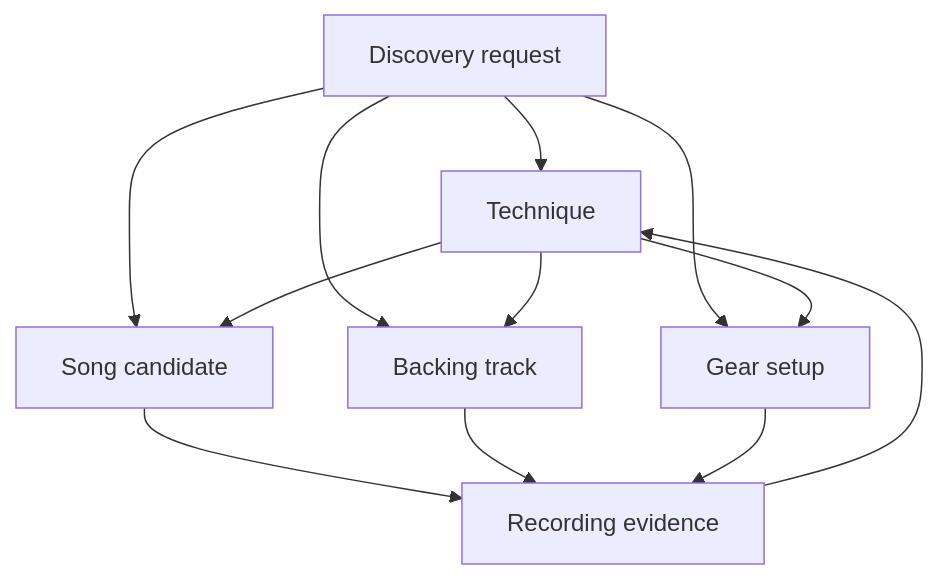
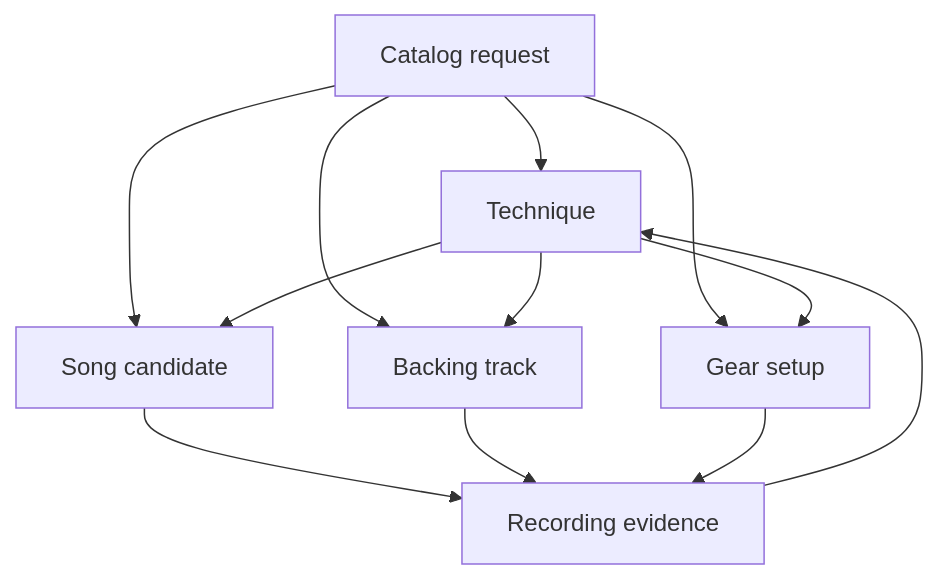
Before and after one commit to ryjen/guitar-practice-system: the first of 2 diagrams in README.md, drawn with Mermaid. The commit also changed other lines of this file, not shown here.

````diff
--- a/README.md
+++ b/README.md
@@ -25,14 +23,14 @@
 ```mermaid
 flowchart TD
-    D[Discovery request] --> T[Technique]
+    D[Catalog request] --> T[Technique]
     D --> S[Song candidate]
     D --> B[Backing track]
     D --> G[Gear setup]
     T --> S
     T --> B
     T --> G
     S --> E[Recording evidence]
     B --> E
     G --> E
     E --> T
 ```
````
